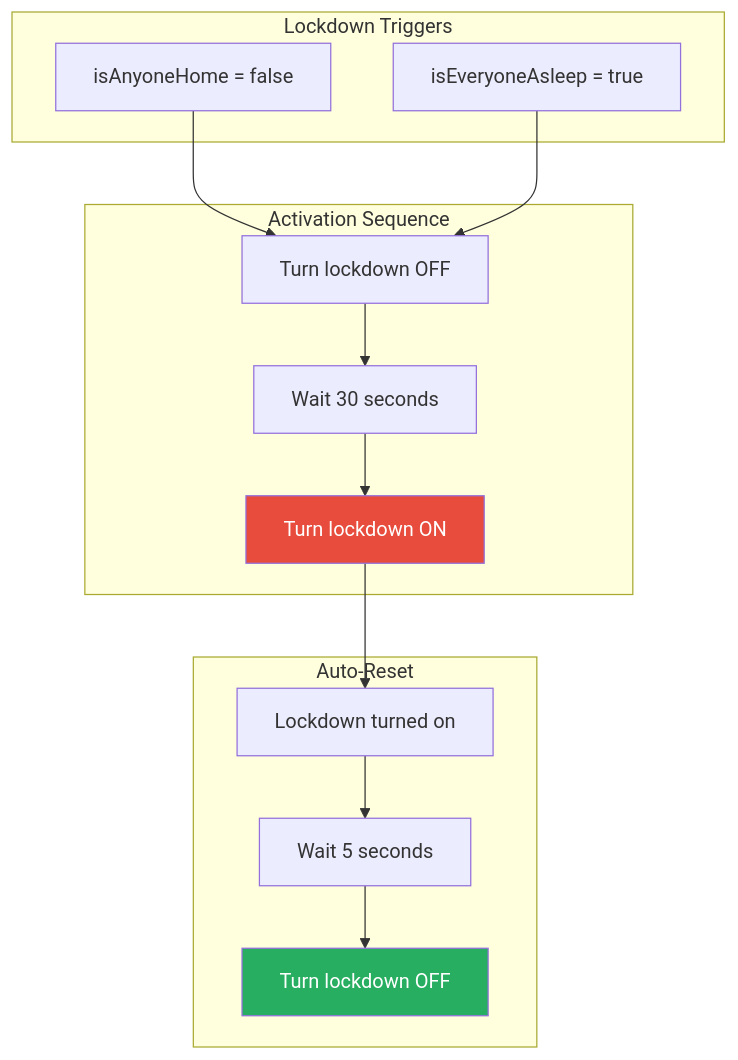
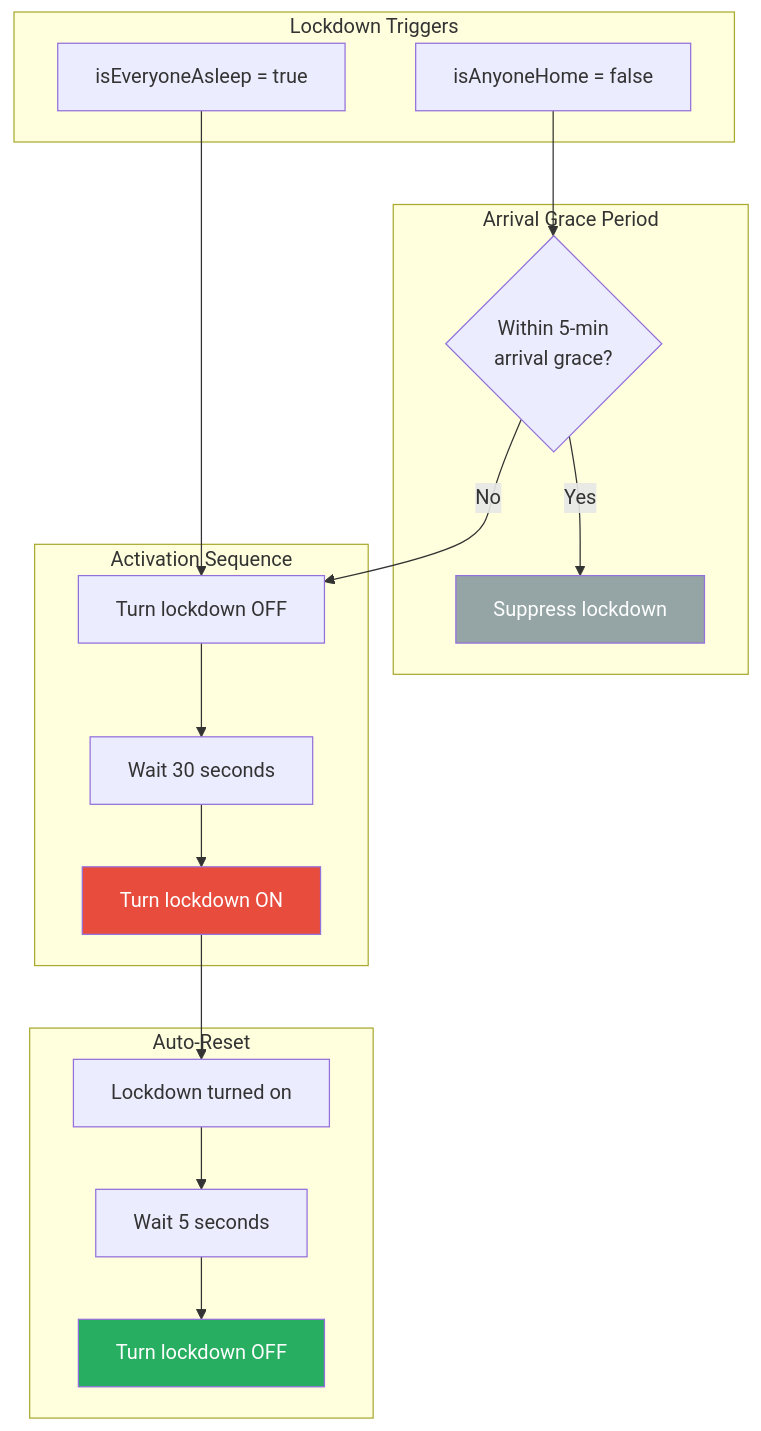
Before and after one commit to NickBorgers/home-automation: the first of 4 diagrams in docs/flows/SECURITY.md, drawn with Mermaid. The commit also changed other lines of this file and 2 other files, not shown here.

Commit message:
docs+comments: address review findings for ArrivalLockdownGracePeriod
- docs/flows/SECURITY.md: add ArrivalLockdownGracePeriod to Timing
  Constants table and update Lockdown Activation flowchart with
  grace-period guard node (blocking docs review finding)
- manager.go Reset(): add comment explaining why lastOwnerArrivalTime
  is intentionally not cleared during a grace-period-suppressed reset
- manager_test.go: add comment clarifying the turn_off timing
  assumption in AllowsLockdownAfterExpiry

````diff
--- a/docs/flows/SECURITY.md
+++ b/docs/flows/SECURITY.md
@@ -17,31 +17,39 @@
 ```mermaid
 flowchart TD
     subgraph Triggers["Lockdown Triggers"]
         noOneHome["isAnyoneHome = false"]
         everyoneAsleep["isEveryoneAsleep = true"]
+    end
+
+    subgraph GraceCheck["Arrival Grace Period"]
+        graceCheck{"Within 5-min\narrival grace?"}
+        suppress["Suppress lockdown"]
     end
 
     subgraph Sequence["Activation Sequence"]
         turnOff["Turn lockdown OFF"]
         wait["Wait 30 seconds"]
         turnOn["Turn lockdown ON"]
     end
 
     subgraph AutoReset["Auto-Reset"]
         detectOn["Lockdown turned on"]
         wait5["Wait 5 seconds"]
         reset["Turn lockdown OFF"]
     end
 
-    noOneHome --> turnOff
+    noOneHome --> graceCheck
+    graceCheck -- Yes --> suppress
+    graceCheck -- No --> turnOff
     everyoneAsleep --> turnOff
     turnOff --> wait
     wait --> turnOn
 
     turnOn --> detectOn
     detectOn --> wait5
     wait5 --> reset
 
     style turnOn fill:#e74c3c,color:#fff
     style reset fill:#27ae60,color:#fff
+    style suppress fill:#95a5a6,color:#fff
 ```
````
